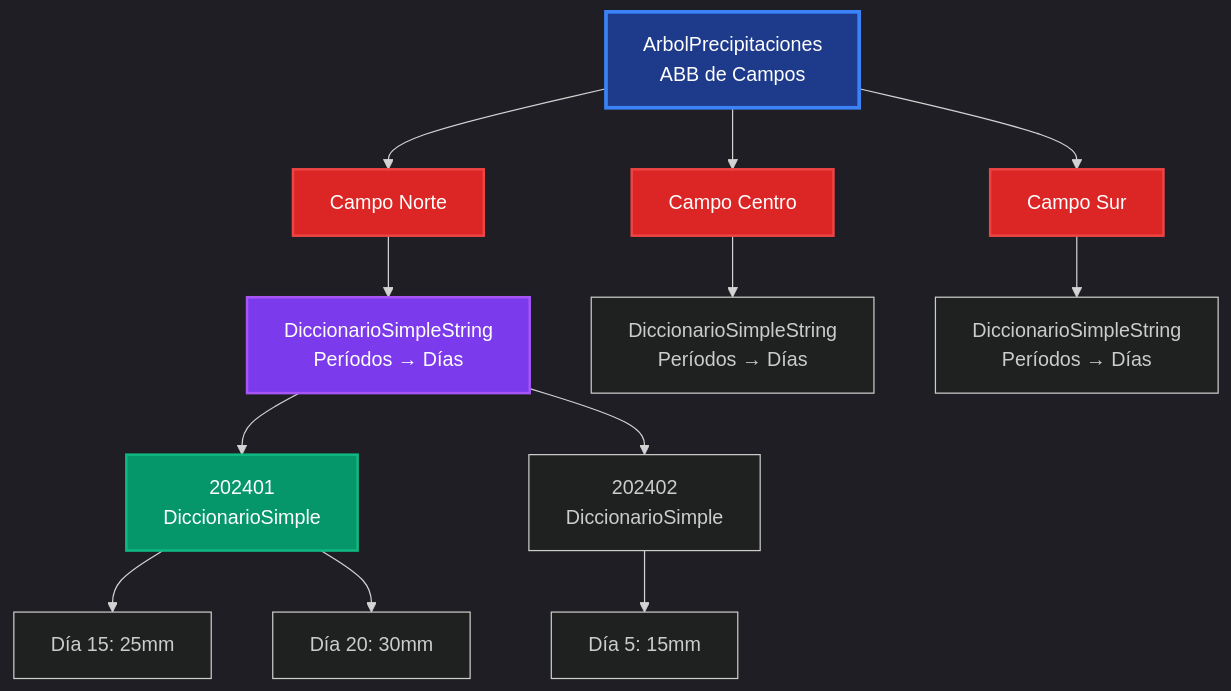
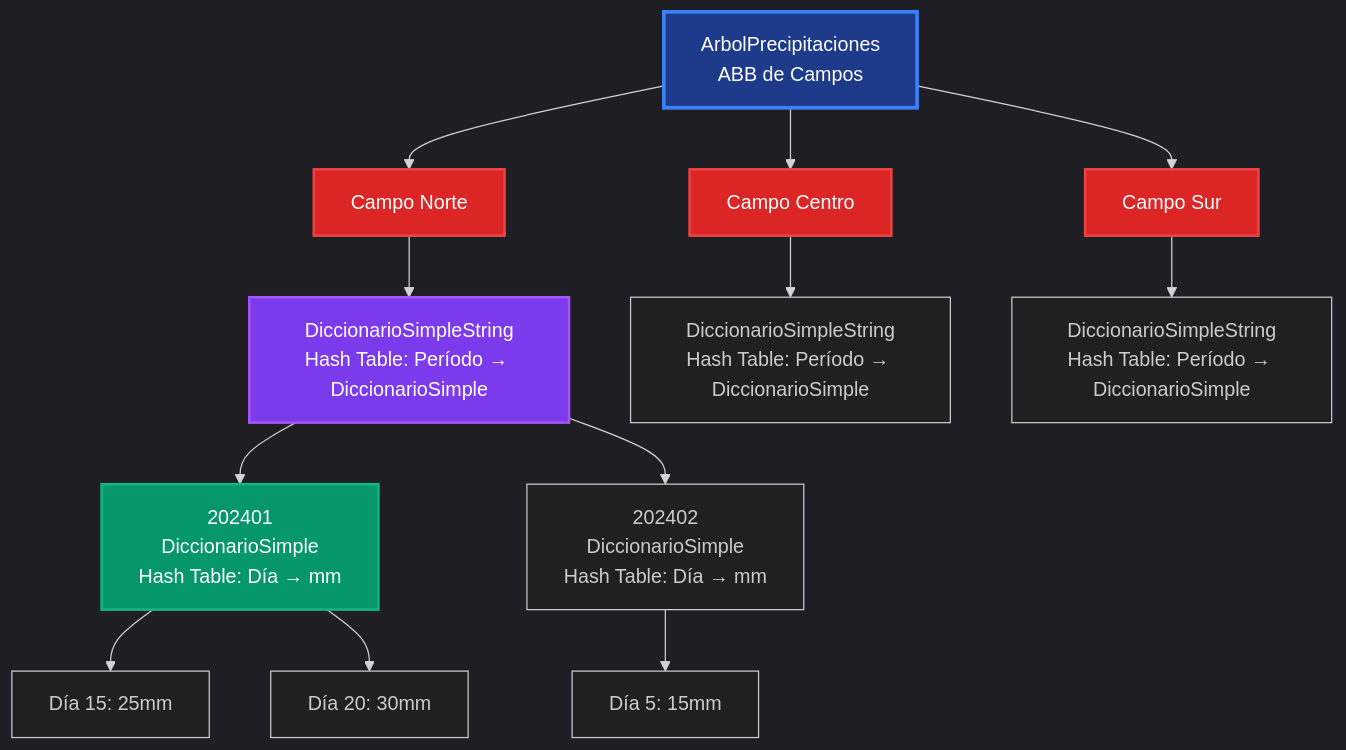
One commit to pybalt/algo2 changed the first of 17 diagrams in tp-final/README_IMPLEMENTACIONES.md. Above: the diagram before and after it, drawn with Mermaid. The commit also changed other lines of this file, not shown here.

Commit message:
Revise README_IMPLEMENTACIONES.md to update data structure descriptions, enhance diagram clarity, and improve overall organization. Key changes include restructuring sections on data hierarchies, refining hash table explanations, and optimizing visual elements for better readability.

````diff
--- a/tp-final/README_IMPLEMENTACIONES.md
+++ b/tp-final/README_IMPLEMENTACIONES.md
@@ -17,25 +18,25 @@
 ```mermaid
 %%{init: {'theme':'dark'}}%%
 graph TB
-    A[ArbolPrecipitaciones<br/>ABB de Campos] --> B[Campo Norte]
-    A --> C[Campo Centro] 
-    A --> D[Campo Sur]
+    A["ArbolPrecipitaciones<br/>ABB de Campos"] --> B["Campo Norte"]
+    A --> C["Campo Centro"] 
+    A --> D["Campo Sur"]
     
-    B --> E[DiccionarioSimpleString<br/>Períodos → Días]
-    C --> F[DiccionarioSimpleString<br/>Períodos → Días]
-    D --> G[DiccionarioSimpleString<br/>Períodos → Días]
+    B --> E["DiccionarioSimpleString<br/>Hash Table: Período → DiccionarioSimple"]
+    C --> F["DiccionarioSimpleString<br/>Hash Table: Período → DiccionarioSimple"]
+    D --> G["DiccionarioSimpleString<br/>Hash Table: Período → DiccionarioSimple"]
     
-    E --> H[202401<br/>DiccionarioSimple]
-    E --> I[202402<br/>DiccionarioSimple]
+    E --> H["202401<br/>DiccionarioSimple<br/>Hash Table: Día → mm"]
+    E --> I["202402<br/>DiccionarioSimple<br/>Hash Table: Día → mm"]
     
-    H --> J[Día 15: 25mm]
-    H --> K[Día 20: 30mm]
-    I --> L[Día 5: 15mm]
+    H --> J["Día 15: 25mm"]
+    H --> K["Día 20: 30mm"]
+    I --> L["Día 5: 15mm"]
     
     style A fill:#1e3a8a,stroke:#3b82f6,stroke-width:3px,color:#fff
     style E fill:#7c3aed,stroke:#a855f7,stroke-width:2px,color:#fff
     style H fill:#059669,stroke:#10b981,stroke-width:2px,color:#fff
     style B fill:#dc2626,stroke:#ef4444,stroke-width:2px,color:#fff
     style C fill:#dc2626,stroke:#ef4444,stroke-width:2px,color:#fff
     style D fill:#dc2626,stroke:#ef4444,stroke-width:2px,color:#fff
 ```
````
